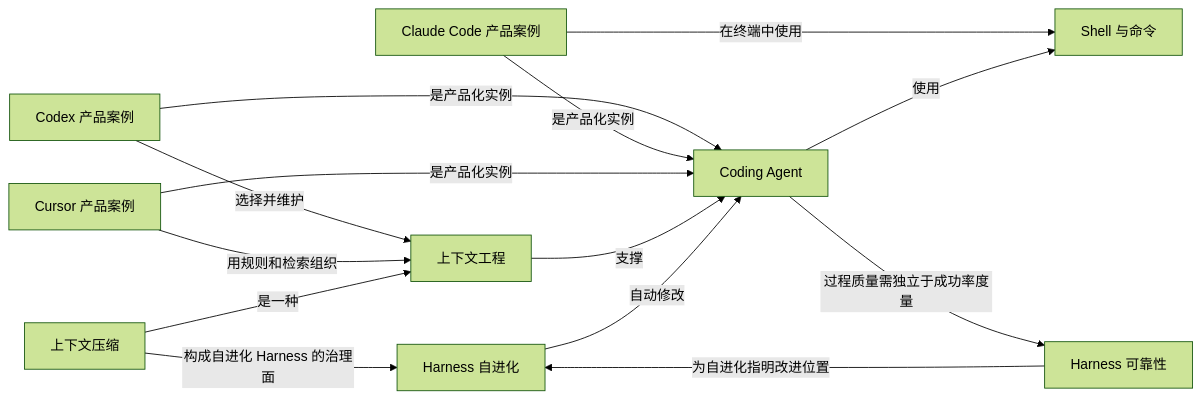
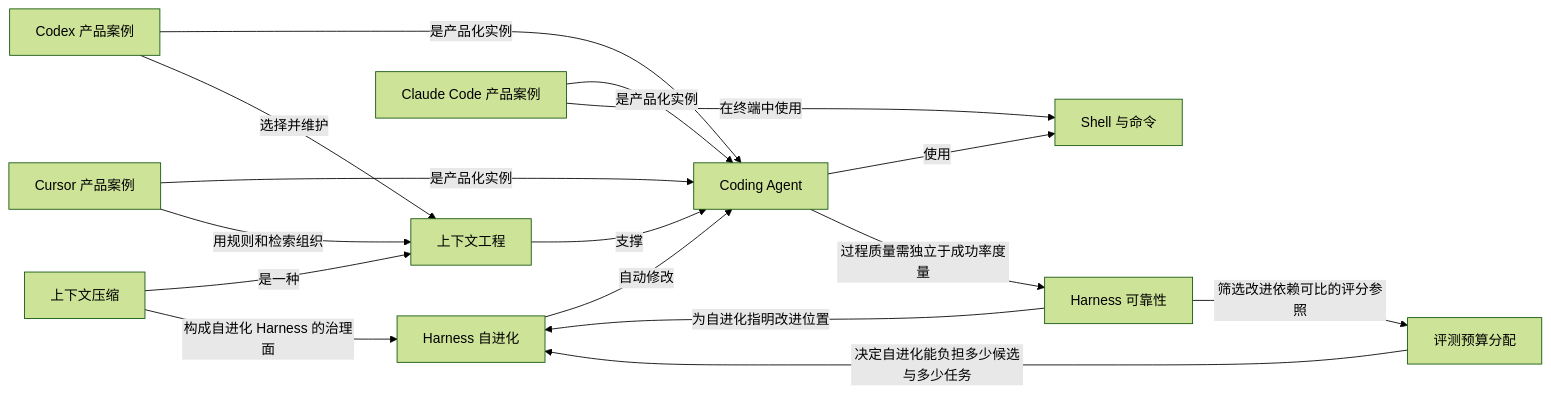
Before and after one commit to z-Zihan/LLM-101: the seventh of 10 diagrams in 知识网络.md, drawn with Mermaid (forest theme). The commit also changed other lines of this file and 5 other files, not shown here.

Commit message:
docs(agent): add evaluation budget allocation for scaffold evolution (#10)

````diff
--- a/知识网络.md
+++ b/知识网络.md
@@ -421,25 +422,28 @@
 ```mermaid
 flowchart LR
     n_harness_self_evolution["Harness 自进化"]
     n_harness_reliability["Harness 可靠性"]
+    n_eval_budget["评测预算分配"]
     n_coding_agent["Coding Agent"]
     n_codex_product["Codex 产品案例"]
     n_claude_code_product["Claude Code 产品案例"]
     n_cursor_product["Cursor 产品案例"]
     n_context_engineering["上下文工程"]
     n_context_compaction["上下文压缩"]
     n_shell["Shell 与命令"]
     n_codex_product -->|"是产品化实例"| n_coding_agent
     n_codex_product -->|"选择并维护"| n_context_engineering
     n_claude_code_product -->|"是产品化实例"| n_coding_agent
     n_claude_code_product -->|"在终端中使用"| n_shell
     n_cursor_product -->|"是产品化实例"| n_coding_agent
     n_cursor_product -->|"用规则和检索组织"| n_context_engineering
     n_coding_agent -->|"使用"| n_shell
     n_context_engineering -->|"支撑"| n_coding_agent
     n_context_compaction -->|"是一种"| n_context_engineering
     n_harness_self_evolution -->|"自动修改"| n_coding_agent
     n_context_compaction -->|"构成自进化 Harness 的治理面"| n_harness_self_evolution
     n_coding_agent -->|"过程质量需独立于成功率度量"| n_harness_reliability
     n_harness_reliability -->|"为自进化指明改进位置"| n_harness_self_evolution
+    n_eval_budget -->|"决定自进化能负担多少候选与多少任务"| n_harness_self_evolution
+    n_harness_reliability -->|"筛选改进依赖可比的评分参照"| n_eval_budget
 ```
````
